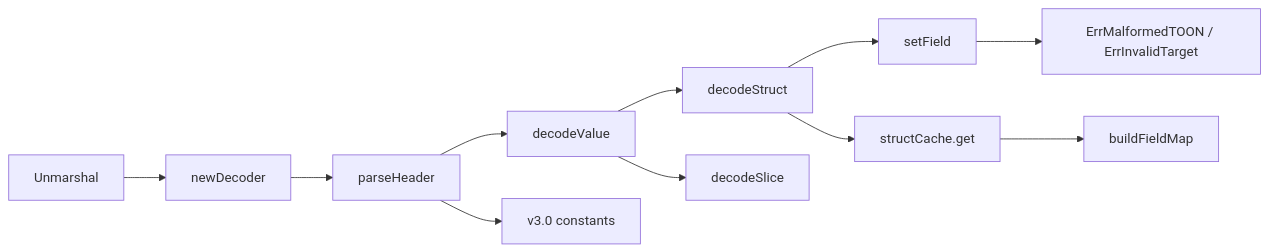
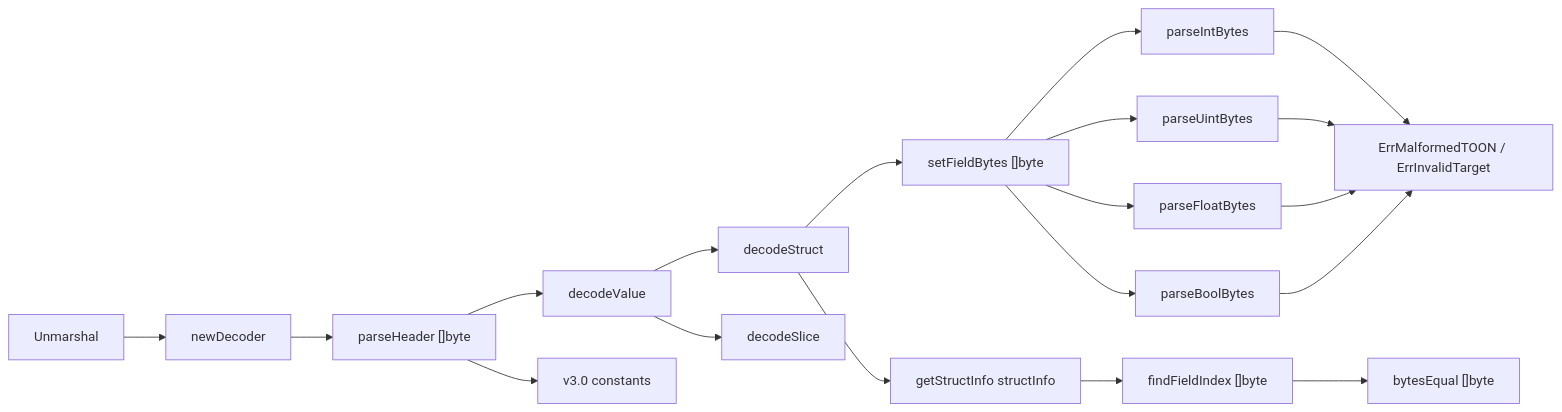
Before and after one commit to OTumanov/go-toon: the fifth of 5 diagrams in .qoder/repowiki/en/content/Advanced Unmarshaling System.md, drawn with Mermaid. The commit also changed other lines of this file and 6 other files, not shown here.

````diff
--- a/.qoder/repowiki/en/content/Advanced Unmarshaling System.md
+++ b/.qoder/repowiki/en/content/Advanced Unmarshaling System.md
@@ -264,13 +340,21 @@
 ```mermaid
 graph LR
 Unmarshal["Unmarshal"] --> NewDecoder["newDecoder"]
-NewDecoder --> ParseHeader["parseHeader"]
+NewDecoder --> ParseHeader["parseHeader []byte"]
 ParseHeader --> DecodeValue["decodeValue"]
 DecodeValue --> DecodeStruct["decodeStruct"]
 DecodeValue --> DecodeSlice["decodeSlice"]
-DecodeStruct --> SetField["setField"]
-DecodeStruct --> CacheGet["structCache.get"]
-CacheGet --> BuildFieldMap["buildFieldMap"]
-SetField --> Errors["ErrMalformedTOON / ErrInvalidTarget"]
+DecodeStruct --> SetFieldBytes["setFieldBytes []byte"]
+DecodeStruct --> GetStructInfo["getStructInfo structInfo"]
+GetStructInfo --> FindFieldIndex["findFieldIndex []byte"]
+FindFieldIndex --> BytesEqual["bytesEqual []byte"]
+SetFieldBytes --> ParseIntBytes["parseIntBytes"]
+SetFieldBytes --> ParseUintBytes["parseUintBytes"]
+SetFieldBytes --> ParseFloatBytes["parseFloatBytes"]
+SetFieldBytes --> ParseBoolBytes["parseBoolBytes"]
+ParseIntBytes --> Errors["ErrMalformedTOON / ErrInvalidTarget"]
+ParseUintBytes --> Errors
+ParseFloatBytes --> Errors
+ParseBoolBytes --> Errors
 ParseHeader --> Consts["v3.0 constants"]
 ```
````
